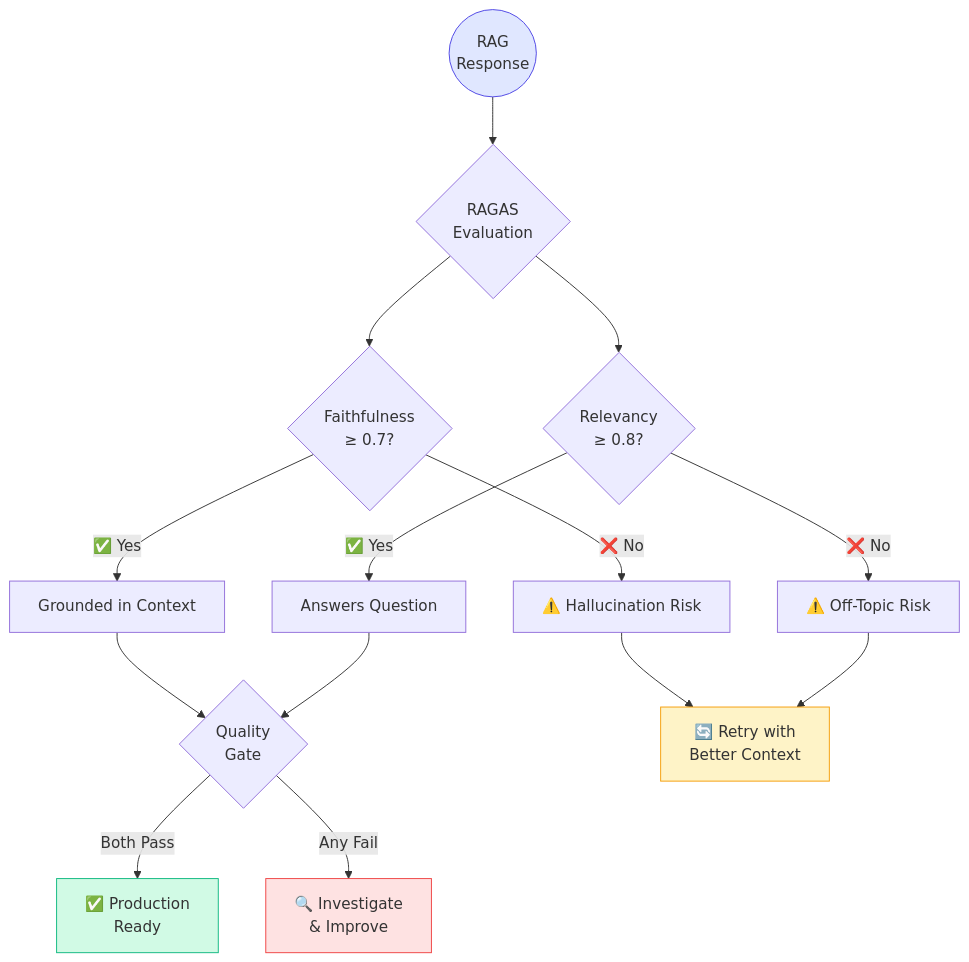
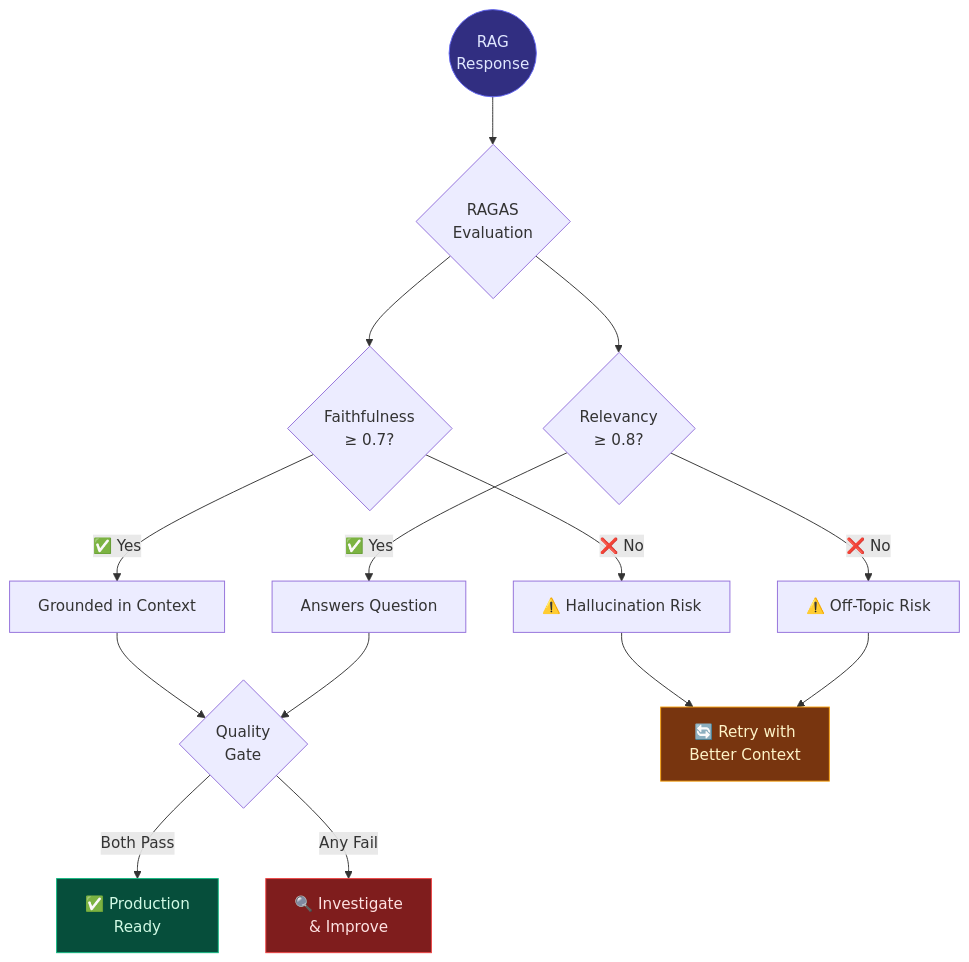
Before and after one commit to Leeaandrob/rag-quality-gates: the third of 6 diagrams in README.md, drawn with Mermaid. The commit also changed other lines of this file, not shown here.

Commit message:
fix: update Mermaid diagrams with dark theme colors for better readability

````diff
--- a/README.md
+++ b/README.md
@@ -89,25 +89,25 @@
 ```mermaid
 flowchart TD
     START(("RAG<br/>Response")) --> EVAL{"RAGAS<br/>Evaluation"}
 
     EVAL --> F{"Faithfulness<br/>≥ 0.7?"}
     EVAL --> R{"Relevancy<br/>≥ 0.8?"}
 
     F -->|"✅ Yes"| F_PASS["Grounded in Context"]
     F -->|"❌ No"| F_FAIL["⚠️ Hallucination Risk"]
 
     R -->|"✅ Yes"| R_PASS["Answers Question"]
     R -->|"❌ No"| R_FAIL["⚠️ Off-Topic Risk"]
 
     F_PASS & R_PASS --> GATE{"Quality<br/>Gate"}
     F_FAIL --> RETRY["🔄 Retry with<br/>Better Context"]
     R_FAIL --> RETRY
 
     GATE -->|"Both Pass"| DEPLOY["✅ Production<br/>Ready"]
     GATE -->|"Any Fail"| INVESTIGATE["🔍 Investigate<br/>& Improve"]
 
-    style START fill:#E0E7FF,stroke:#4F46E5
-    style DEPLOY fill:#D1FAE5,stroke:#10B981
-    style RETRY fill:#FEF3C7,stroke:#F59E0B
-    style INVESTIGATE fill:#FEE2E2,stroke:#EF4444
+    style START fill:#312e81,stroke:#6366f1,color:#e0e7ff
+    style DEPLOY fill:#064e3b,stroke:#10b981,color:#d1fae5
+    style RETRY fill:#78350f,stroke:#f59e0b,color:#fef3c7
+    style INVESTIGATE fill:#7f1d1d,stroke:#ef4444,color:#fee2e2
 ```
````
